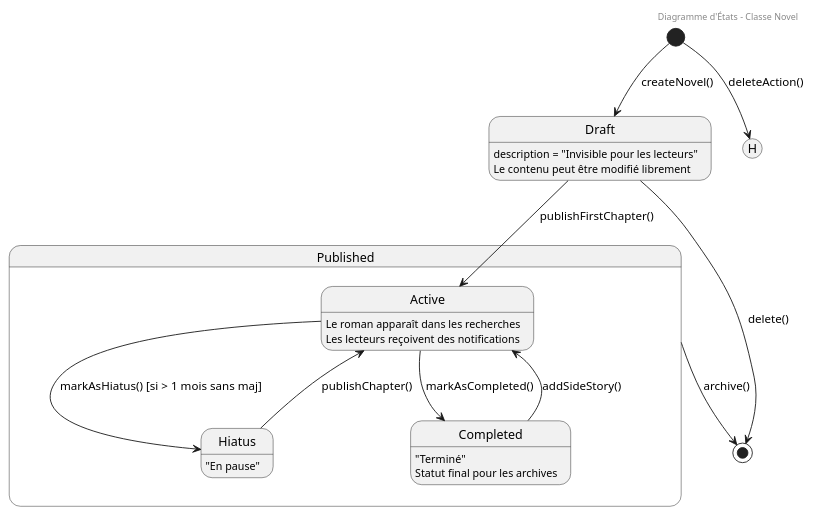
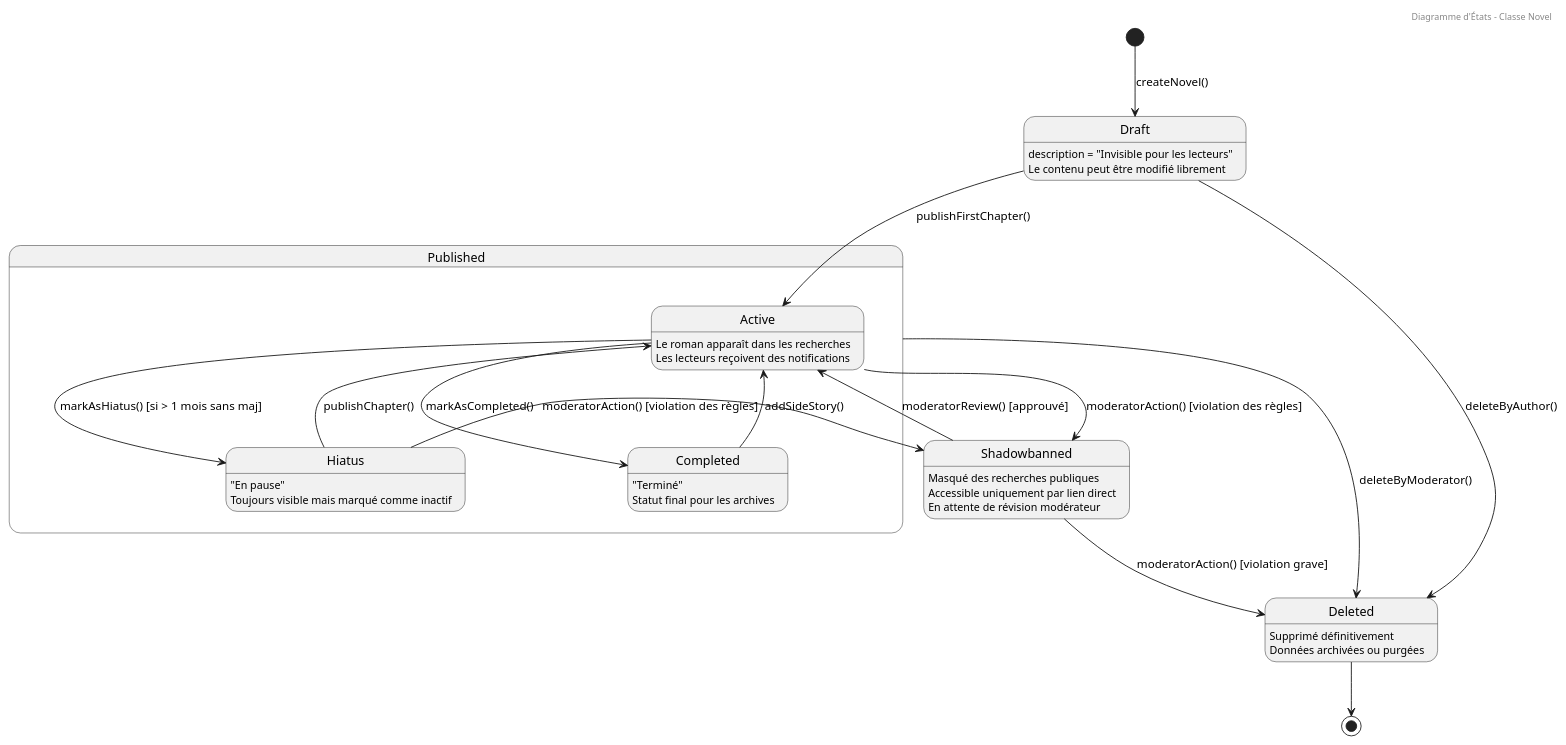
The diagram in src/States.wsd (matthieuzajac/UML_project), drawn with PlantUML before and after one commit. The commit also changed 21 other files, not shown here.

Commit message:
Complete UML documentation for Royal Road clone webnovel platform

```diff
--- a/src/States.wsd
+++ b/src/States.wsd
@@ -1,40 +1,56 @@
 @startuml state diagram
 header Diagramme d'États - Classe Novel
 skinparam monochrome true
 skinparam shadowing false
 
 [*] --> Draft : createNovel()
 
 state Draft {
   Draft : description = "Invisible pour les lecteurs"
   Draft : Le contenu peut être modifié librement
 }
 
 state Published {
   state Active {
     Active : Le roman apparaît dans les recherches
     Active : Les lecteurs reçoivent des notifications
   }
   
   state Hiatus {
     Hiatus : "En pause"
+    Hiatus : Toujours visible mais marqué comme inactif
   }
   
   state Completed {
     Completed : "Terminé"
     Completed : Statut final pour les archives
   }
 }
 
+state Shadowbanned {
+  Shadowbanned : Masqué des recherches publiques
+  Shadowbanned : Accessible uniquement par lien direct
+  Shadowbanned : En attente de révision modérateur
+}
+
+state Deleted {
+  Deleted : Supprimé définitivement
+  Deleted : Données archivées ou purgées
+}
+
 Draft --> Active : publishFirstChapter()
 Active --> Hiatus : markAsHiatus() [si > 1 mois sans maj]
 Hiatus --> Active : publishChapter()
 Active --> Completed : markAsCompleted()
 Completed --> Active : addSideStory()
 
-state Deleted <<history>>
-[*] --> Deleted : deleteAction()
-Draft --> [*] : delete()
-Published --> [*] : archive()
+Active --> Shadowbanned : moderatorAction() [violation des règles]
+Hiatus --> Shadowbanned : moderatorAction() [violation des règles]
+Shadowbanned --> Active : moderatorReview() [approuvé]
+Shadowbanned --> Deleted : moderatorAction() [violation grave]
+
+Draft --> Deleted : deleteByAuthor()
+Published --> Deleted : deleteByModerator()
+Deleted --> [*]
 
 @enduml
```
